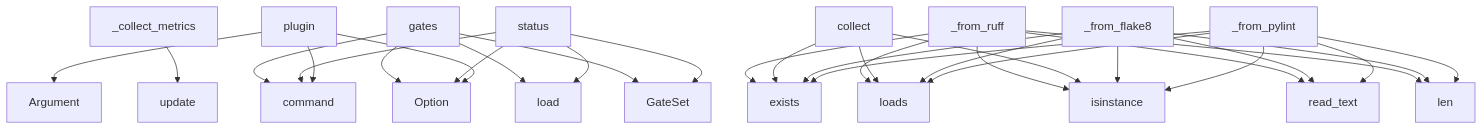
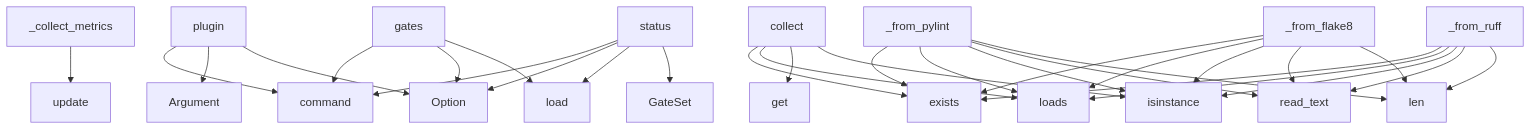
One commit to semcod/pyqual changed the diagram in project/context.md. Above: the diagram before and after it, drawn with Mermaid. The commit also changed other lines of this file and 29 other files, not shown here.

````diff
--- a/project/context.md
+++ b/project/context.md
@@ -378,33 +406,33 @@
 ```mermaid
 graph TD
     plugin --> command
     plugin --> Argument
     plugin --> Option
     _collect_metrics --> update
+    collect --> exists
+    collect --> loads
+    collect --> get
     _from_pylint --> exists
     _from_pylint --> loads
     _from_pylint --> isinstance
     _from_pylint --> read_text
     _from_pylint --> len
     _from_flake8 --> exists
     _from_flake8 --> loads
     _from_flake8 --> isinstance
     _from_flake8 --> read_text
     _from_flake8 --> len
-    collect --> exists
-    collect --> loads
-    collect --> isinstance
     _from_ruff --> exists
     _from_ruff --> loads
     _from_ruff --> isinstance
     _from_ruff --> read_text
     _from_ruff --> len
+    collect --> isinstance
     status --> command
     status --> Option
     status --> load
     status --> GateSet
     gates --> command
     gates --> Option
     gates --> load
-    gates --> GateSet
 ```
````
